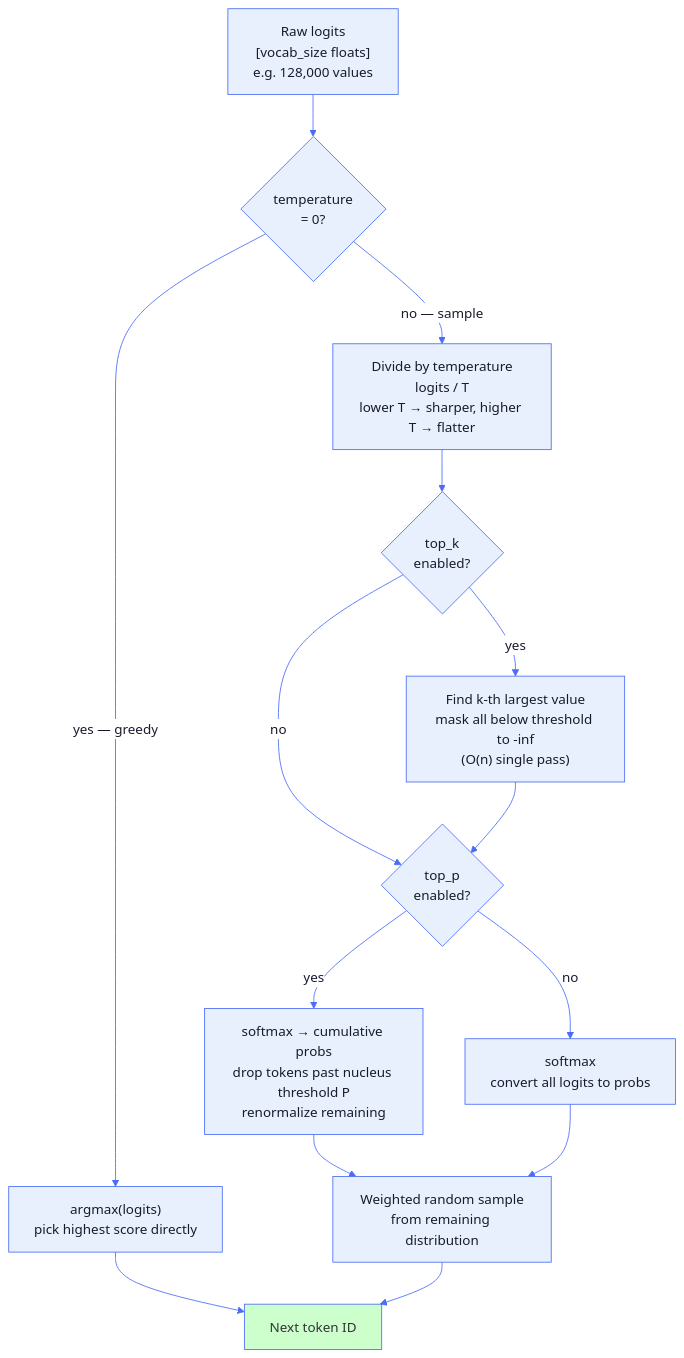
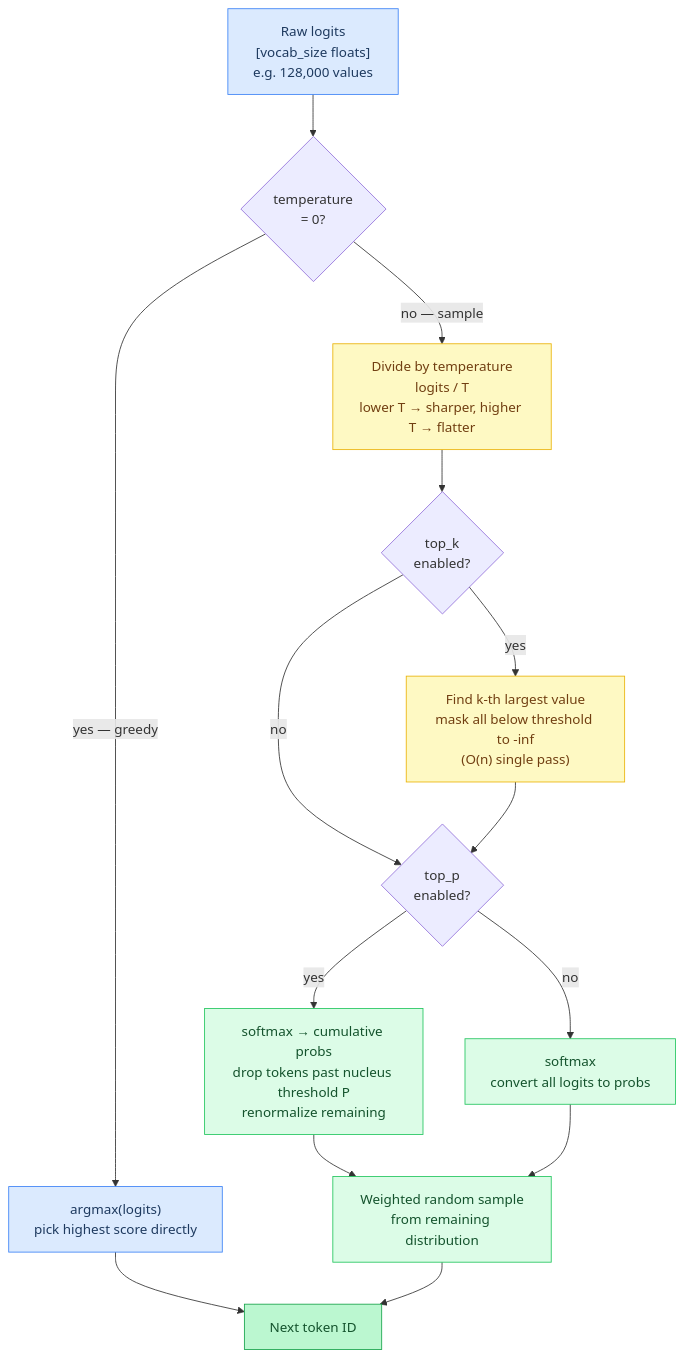
Before and after one commit to maci0/agave: the seventh of 8 diagrams in docs/tutorial/appendix-math.md, drawn with Mermaid. The commit also changed other lines of this file and 24 other files, not shown here.

First line of the commit message:
docs: convert all mermaid diagrams to classDef semantic colors

````diff
--- a/docs/tutorial/appendix-math.md
+++ b/docs/tutorial/appendix-math.md
@@ -568,41 +553,38 @@
 ```mermaid
-%%{init: {'theme': 'base', 'themeVariables': {
-  'primaryColor': '#e8f0fe',
-  'primaryTextColor': '#1a1a2e',
-  'primaryBorderColor': '#4a6cf7',
-  'lineColor': '#4a6cf7',
-  'secondaryColor': '#f0f4ff',
-  'tertiaryColor': '#f8f9ff',
-  'edgeLabelBackground': '#ffffff',
-  'clusterBkg': '#f0f4ff',
-  'clusterBorder': '#4a6cf7',
-  'titleColor': '#1a1a2e',
-  'nodeTextColor': '#1a1a2e',
-  'fontFamily': 'ui-monospace, SFMono-Regular, monospace'
-}}}%%
 flowchart TD
-    Logits["Raw logits\n[vocab_size floats]\ne.g. 128,000 values"]
+    classDef setup     fill:#dbeafe,stroke:#3b82f6,color:#1e3a5f
+    classDef sync      fill:#dcfce7,stroke:#22c55e,color:#14532d
+    classDef migration fill:#fef9c3,stroke:#eab308,color:#713f12
+    classDef success   fill:#bbf7d0,stroke:#16a34a,color:#14532d
+    classDef danger    fill:#fee2e2,stroke:#ef4444,color:#7f1d1d
+    classDef optional  fill:#f3e8ff,stroke:#9333ea,color:#581c87
+
+    Logits["Raw logits\n[vocab_size floats]\ne.g. 128,000 values"]:::setup
+    Argmax["argmax(logits)\npick highest score directly"]:::setup
+    Token["Next token ID"]:::success
+    TempScale["Divide by temperature\nlogits / T\nlower T → sharper, higher T → flatter"]:::migration
+    KFilter["Find k-th largest value\nmask all below threshold to -inf\n(O(n) single pass)"]:::migration
+    Softmax2["softmax → cumulative probs\ndrop tokens past nucleus threshold P\nrenormalize remaining"]:::sync
+    Softmax1["softmax\nconvert all logits to probs"]:::sync
+    Sample["Weighted random sample\nfrom remaining distribution"]:::sync
 
     Logits --> TempCheck{"temperature\n= 0?"}
 
-    TempCheck -->|"yes — greedy"| Argmax["argmax(logits)\npick highest score directly"]
-    Argmax --> Token["Next token ID"]
+    TempCheck -->|"yes — greedy"| Argmax
+    Argmax --> Token
 
-    TempCheck -->|"no — sample"| TempScale["Divide by temperature\nlogits / T\nlower T → sharper, higher T → flatter"]
+    TempCheck -->|"no — sample"| TempScale
 
     TempScale --> TopK{"top_k\nenabled?"}
-    TopK -->|"yes"| KFilter["Find k-th largest value\nmask all below threshold to -inf\n(O(n) single pass)"]
+    TopK -->|"yes"| KFilter
     TopK -->|"no"| TopP
 
     KFilter --> TopP{"top_p\nenabled?"}
-    TopP -->|"yes"| Softmax2["softmax → cumulative probs\ndrop tokens past nucleus threshold P\nrenormalize remaining"]
-    TopP -->|"no"| Softmax1["softmax\nconvert all logits to probs"]
+    TopP -->|"yes"| Softmax2
+    TopP -->|"no"| Softmax1
 
-    Softmax2 --> Sample["Weighted random sample\nfrom remaining distribution"]
+    Softmax2 --> Sample
     Softmax1 --> Sample
 
     Sample --> Token
-
-    style Token fill:#ccffcc,color:#333
-    style Argmax fill:#e8f0fe,color:#1a1a2e
 ```
````
